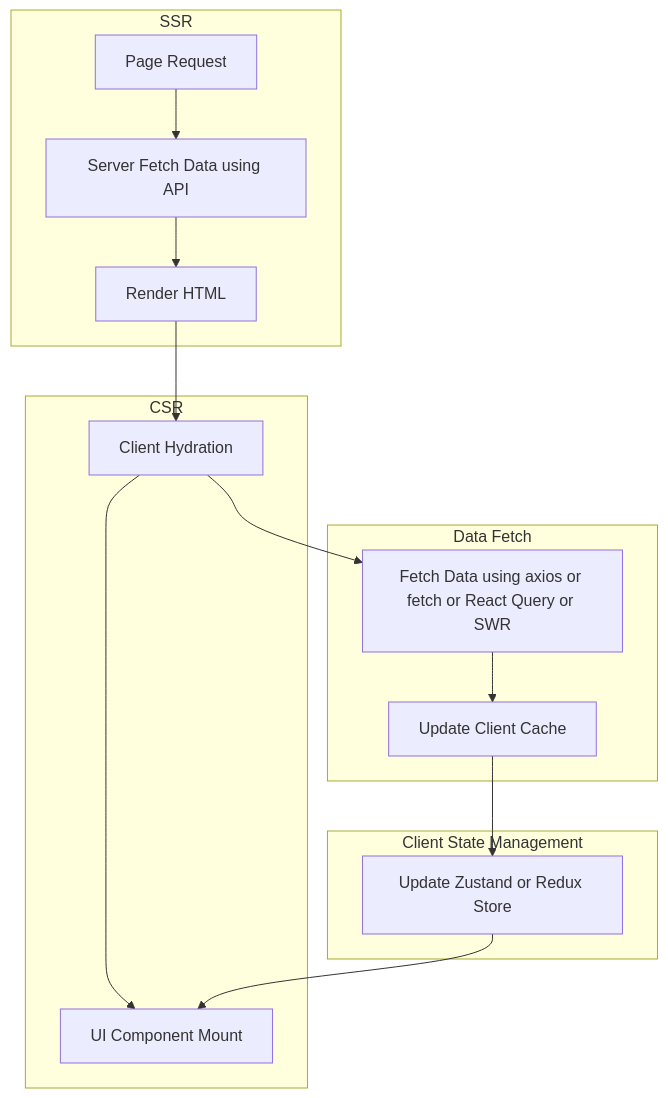
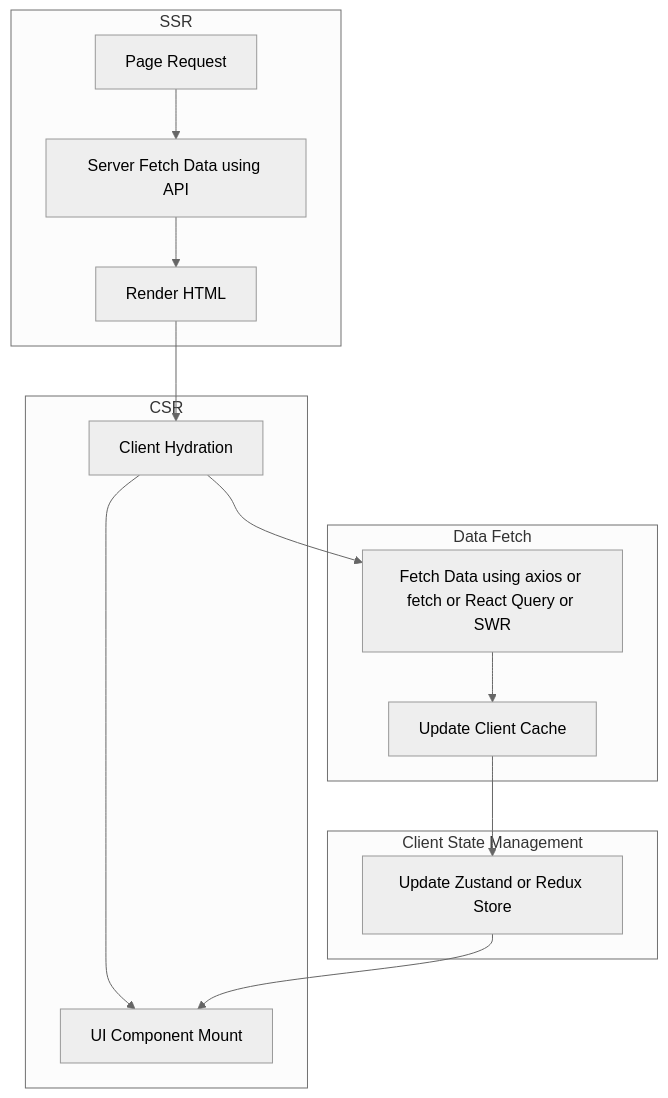
The diagram in README.md (coyote7wolf/coyote7wolf), drawn with Mermaid before and after one commit.

Commit message:
✨ chore(docs): add initialization configuration for mermaid theme in data flow diagram

````diff
--- a/README.md
+++ b/README.md
@@ -44,23 +44,24 @@
 ```mermaid
+%%{init: {"theme":"neutral"}}%%
 flowchart TD
     subgraph SSR[SSR]
         A[Page Request] --> B[Server Fetch Data using API]
         B --> C[Render HTML]
     end
 
     subgraph CSR[CSR]
         C --> D[Client Hydration]
         D --> E[UI Component Mount]
     end
 
     subgraph DataFetch[Data Fetch]
         D --> F[Fetch Data using axios or fetch or React Query or SWR]
         F --> G[Update Client Cache]
     end
 
     subgraph State[Client State Management]
         G --> H[Update Zustand or Redux Store]
         H --> E
     end
 
 ```
````
